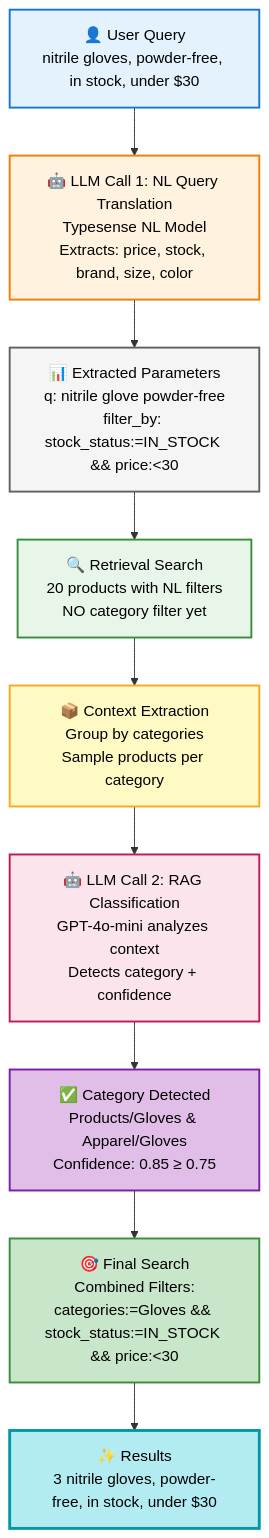
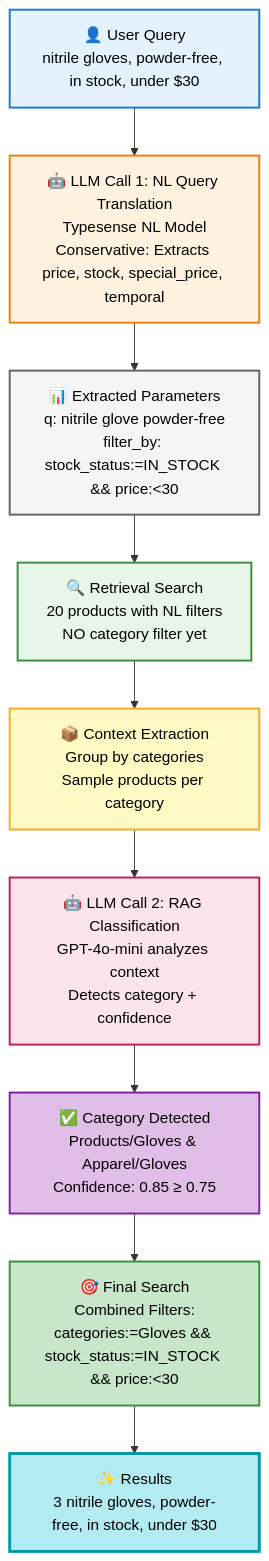
One commit to Bens-Organization/mercedes-nl-search changed the diagram in docs/RAG_DUAL_LLM_APPROACH.md. Above: the diagram before and after it, drawn with Mermaid. The commit also changed other lines of this file and 2 other files, not shown here.

First line of the commit message:
docs: Update NL model for conservative filtering and semantic matching

````diff
--- a/docs/RAG_DUAL_LLM_APPROACH.md
+++ b/docs/RAG_DUAL_LLM_APPROACH.md
@@ -18,31 +18,31 @@
 ```mermaid
 flowchart TB
     A["👤 User Query<br/>nitrile gloves, powder-free, in stock, under $30"]
-    B["🤖 LLM Call 1: NL Query Translation<br/>Typesense NL Model<br/>Extracts: price, stock, brand, size, color"]
+    B["🤖 LLM Call 1: NL Query Translation<br/>Typesense NL Model<br/>Conservative: Extracts price, stock, special_price, temporal"]
     C["📊 Extracted Parameters<br/>q: nitrile glove powder-free<br/>filter_by: stock_status:=IN_STOCK && price:<30"]
     D["🔍 Retrieval Search<br/>20 products with NL filters<br/>NO category filter yet"]
     E["📦 Context Extraction<br/>Group by categories<br/>Sample products per category"]
     F["🤖 LLM Call 2: RAG Classification<br/>GPT-4o-mini analyzes context<br/>Detects category + confidence"]
     G["✅ Category Detected<br/>Products/Gloves & Apparel/Gloves<br/>Confidence: 0.85 ≥ 0.75"]
     H["🎯 Final Search<br/>Combined Filters:<br/>categories:=Gloves && stock_status:=IN_STOCK && price:<30"]
     I["✨ Results<br/>3 nitrile gloves, powder-free, in stock, under $30"]
 
     A --> B
     B --> C
     C --> D
     D --> E
     E --> F
     F --> G
     G --> H
     H --> I
 
     style A fill:#e3f2fd,stroke:#1976d2,stroke-width:2px,color:#000
     style B fill:#fff3e0,stroke:#f57c00,stroke-width:2px,color:#000
     style C fill:#f5f5f5,stroke:#616161,stroke-width:2px,color:#000
     style D fill:#e8f5e9,stroke:#388e3c,stroke-width:2px,color:#000
     style E fill:#fff9c4,stroke:#f9a825,stroke-width:2px,color:#000
     style F fill:#fce4ec,stroke:#c2185b,stroke-width:2px,color:#000
     style G fill:#e1bee7,stroke:#7b1fa2,stroke-width:2px,color:#000
     style H fill:#c8e6c9,stroke:#388e3c,stroke-width:2px,color:#000
     style I fill:#b2ebf2,stroke:#0097a7,stroke-width:3px,color:#000
 ```
````
